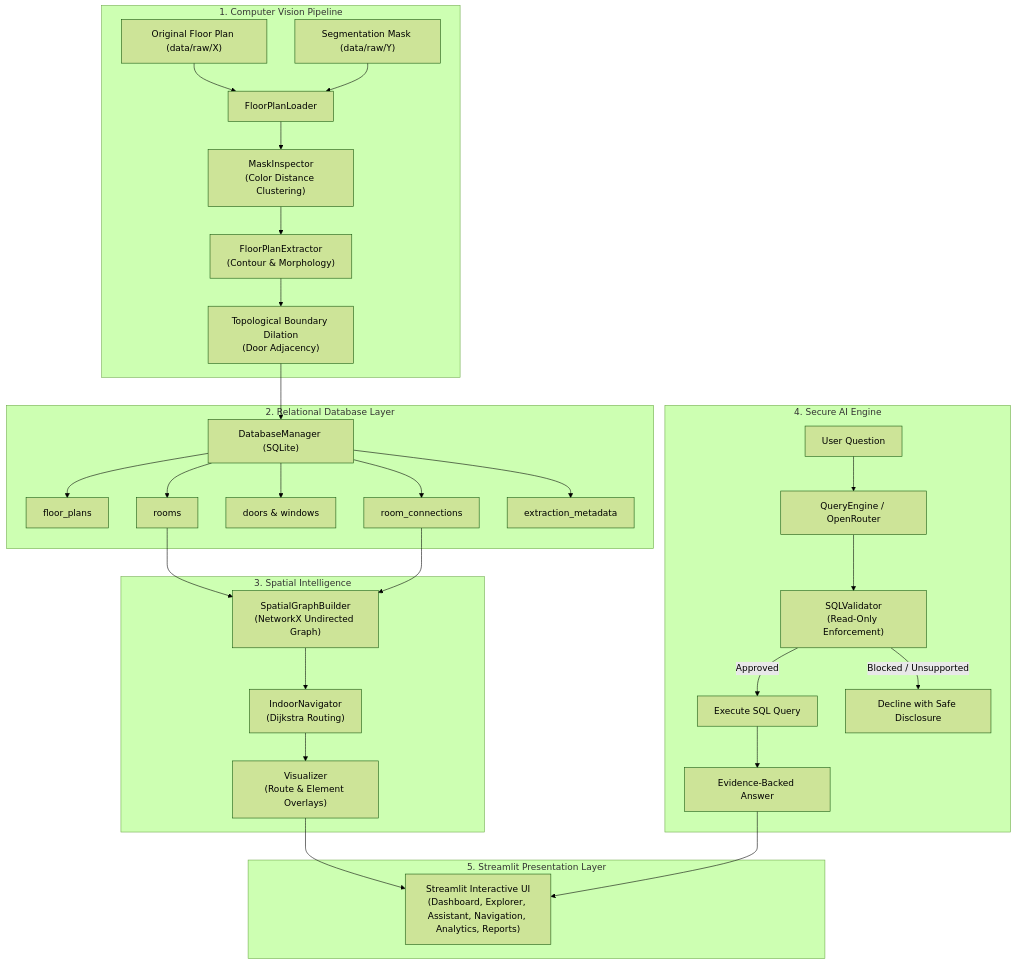
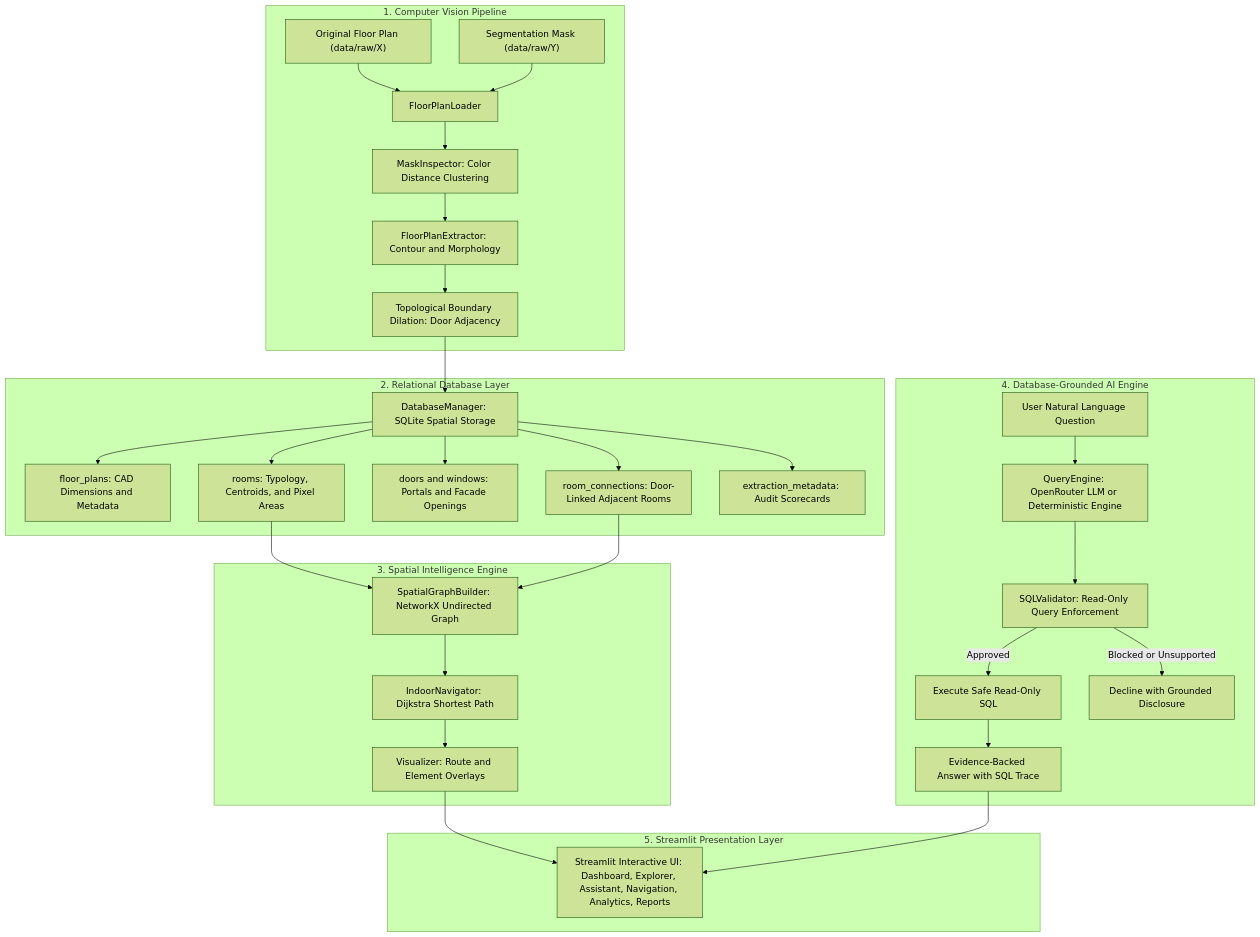
The diagram in README.md (Abdul561561/Ashian-Spatial-AI), drawn with Mermaid (forest theme) before and after one commit. The commit also changed other lines of this file and 7 other files, not shown here.

Commit message:
docs: reorganize reports into docs/reports, update verified 61-test reconciliation, fix Mermaid diagram, and enhance documentation

````diff
--- a/README.md
+++ b/README.md
@@ -94,37 +120,39 @@
 ```mermaid
 flowchart TD
     subgraph CV["1. Computer Vision Pipeline"]
         A["Original Floor Plan (data/raw/X)"] --> C["FloorPlanLoader"]
         B["Segmentation Mask (data/raw/Y)"] --> C
-        C --> D["MaskInspector<br>(Color Distance Clustering)"]
-        D --> E["FloorPlanExtractor<br>(Contour & Morphology)"]
-        E --> F["Topological Boundary Dilation<br>(Door Adjacency)"]
+        C --> D["MaskInspector: Color Distance Clustering"]
+        D --> E["FloorPlanExtractor: Contour and Morphology"]
+        E --> F["Topological Boundary Dilation: Door Adjacency"]
     end
 
     subgraph DB["2. Relational Database Layer"]
-        F --> G["DatabaseManager (SQLite)"]
-        G --> G1["floor_plans"]
-        G --> G2["rooms"]
-        G --> G3["doors & windows"]
-        G --> G4["room_connections"]
-        G --> G5["extraction_metadata"]
+        F --> G["DatabaseManager: SQLite Spatial Storage"]
+        G --> G1["floor_plans: CAD Dimensions and Metadata"]
+        G --> G2["rooms: Typology, Centroids, and Pixel Areas"]
+        G --> G3["doors and windows: Portals and Facade Openings"]
+        G --> G4["room_connections: Door-Linked Adjacent Rooms"]
+        G --> G5["extraction_metadata: Audit Scorecards"]
     end
 
-    subgraph Graph["3. Spatial Intelligence"]
-        G2 & G4 --> H["SpatialGraphBuilder<br>(NetworkX Undirected Graph)"]
-        H --> I["IndoorNavigator<br>(Dijkstra Routing)"]
-        I --> J["Visualizer<br>(Route & Element Overlays)"]
+    subgraph Graph["3. Spatial Intelligence Engine"]
+        G2 --> H["SpatialGraphBuilder: NetworkX Undirected Graph"]
+        G4 --> H
+        H --> I["IndoorNavigator: Dijkstra Shortest Path"]
+        I --> J["Visualizer: Route and Element Overlays"]
     end
 
-    subgraph AI["4. Secure AI Engine"]
-        K["User Question"] --> L["QueryEngine / OpenRouter"]
-        L --> M["SQLValidator<br>(Read-Only Enforcement)"]
-        M -->|Approved| N["Execute SQL Query"]
-        M -->|Blocked / Unsupported| O["Decline with Safe Disclosure"]
-        N --> P["Evidence-Backed Answer"]
+    subgraph AI["4. Database-Grounded AI Engine"]
+        K["User Natural Language Question"] --> L["QueryEngine: OpenRouter LLM or Deterministic Engine"]
+        L --> M["SQLValidator: Read-Only Query Enforcement"]
+        M -->|Approved| N["Execute Safe Read-Only SQL"]
+        M -->|Blocked or Unsupported| O["Decline with Grounded Disclosure"]
+        N --> P["Evidence-Backed Answer with SQL Trace"]
     end
 
     subgraph UI["5. Streamlit Presentation Layer"]
-        J & P --> Q["Streamlit Interactive UI<br>(Dashboard, Explorer, Assistant, Navigation, Analytics, Reports)"]
+        J --> Q["Streamlit Interactive UI: Dashboard, Explorer, Assistant, Navigation, Analytics, Reports"]
+        P --> Q
     end
 ```
````
